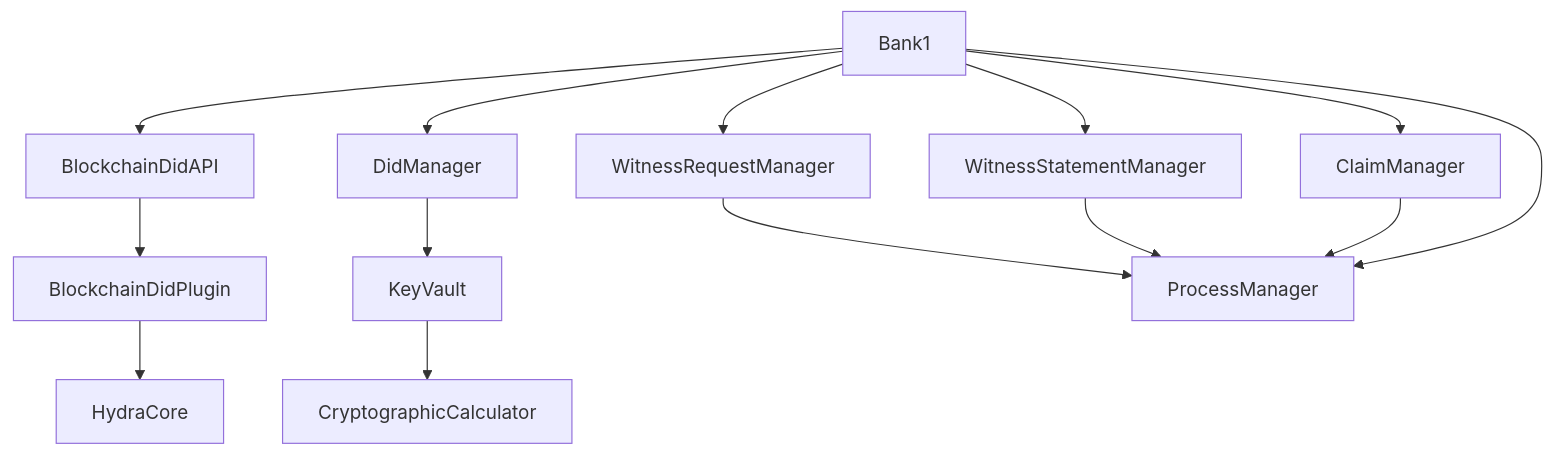
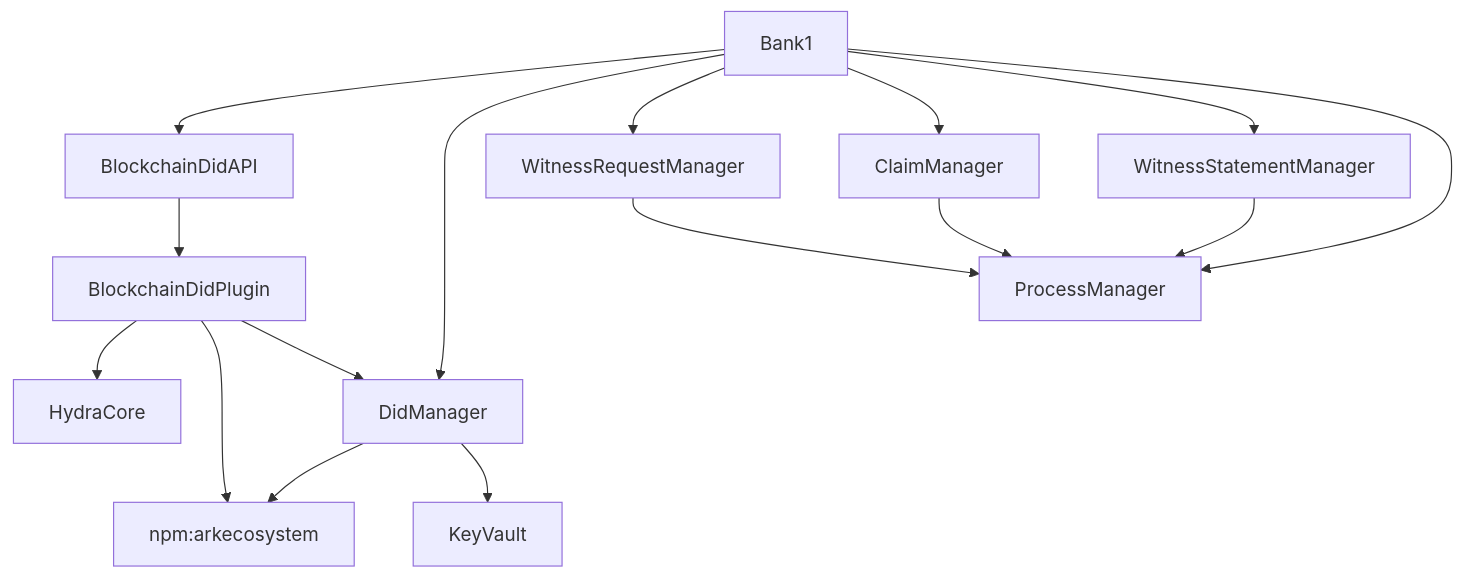
Before and after one commit to HydraMeshnet/developer-portal: the third of 6 diagrams in architecture.md, drawn with Mermaid. The commit also changed other lines of this file, not shown here.

Commit message:
Updating Architecture

````diff
--- a/architecture.md
+++ b/architecture.md
@@ -64,17 +71,22 @@
 ```mermaid
 graph TB
   BlockchainDidAPI --> BlockchainDidPlugin
   BlockchainDidPlugin --> HydraCore
+  
+  DidManager --> npm:arkecosystem
+  DidManager --> KeyVault
+  BlockchainDidPlugin --> npm:arkecosystem
+  BlockchainDidPlugin --> DidManager
 
-  DidManager --> KeyVault
-  KeyVault --> CryptographicCalculator
   WitnessRequestManager --> ProcessManager
   WitnessStatementManager --> ProcessManager
   ClaimManager --> ProcessManager
   Bank1 --> BlockchainDidAPI
+  Bank1 --> DidManager
   Bank1 --> WitnessRequestManager
-  Bank1 --> DidManager
+  
   Bank1 --> ClaimManager
   Bank1 --> WitnessStatementManager
   Bank1 --> ProcessManager
+  
 ```
````
